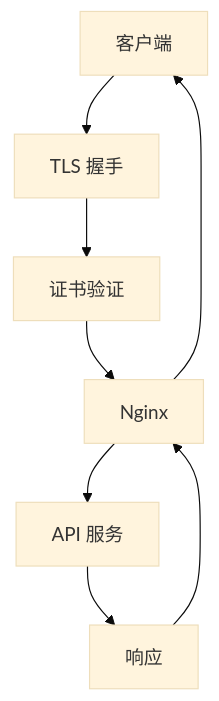
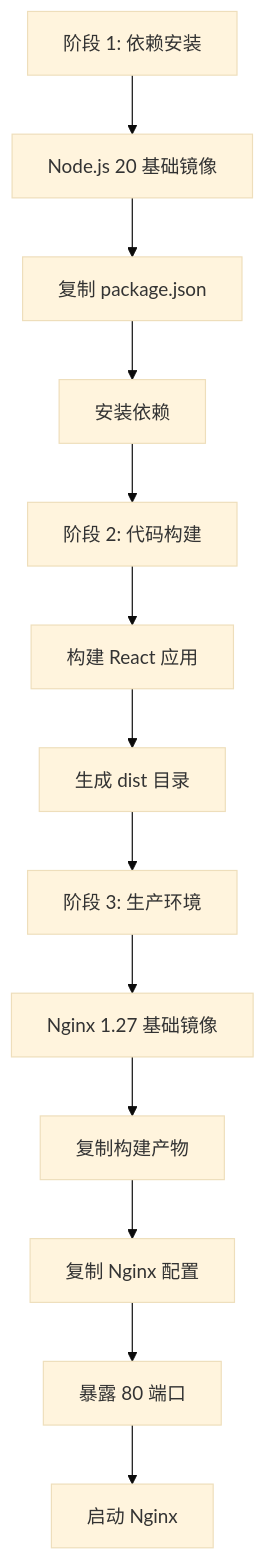
One commit to hanksd769-droid/sailshub changed the sixth of 7 diagrams in .qoder/repowiki/zh/content/部署与运维/Nginx 反向代理.md. Above: the diagram before and after it, drawn with Mermaid (base theme). The commit also changed other lines of this file and 6 other files, not shown here.

````diff
--- a/.qoder/repowiki/zh/content/部署与运维/Nginx 反向代理.md
+++ b/.qoder/repowiki/zh/content/部署与运维/Nginx 反向代理.md
@@ -262,10 +234,15 @@
 ```mermaid
 flowchart TD
-Client[客户端] --> TLS[TLS 握手]
-TLS --> Cert[证书验证]
-Cert --> Nginx[Nginx]
-Nginx --> API[API 服务]
-API --> Response[响应]
-Response --> Nginx
-Nginx --> Client
+Stage1[阶段 1: 依赖安装] --> Node20[Node.js 20 基础镜像]
+Node20 --> CopyPackage[复制 package.json]
+CopyPackage --> InstallDeps[安装依赖]
+InstallDeps --> Stage2[阶段 2: 代码构建]
+Stage2 --> BuildApp[构建 React 应用]
+BuildApp --> Dist[生成 dist 目录]
+Dist --> Stage3[阶段 3: 生产环境]
+Stage3 --> NginxBase[Nginx 1.27 基础镜像]
+NginxBase --> CopyDist[复制构建产物]
+CopyDist --> CopyConfig[复制 Nginx 配置]
+CopyConfig --> ExposePort[暴露 80 端口]
+ExposePort --> StartNginx[启动 Nginx]
 ```
````
